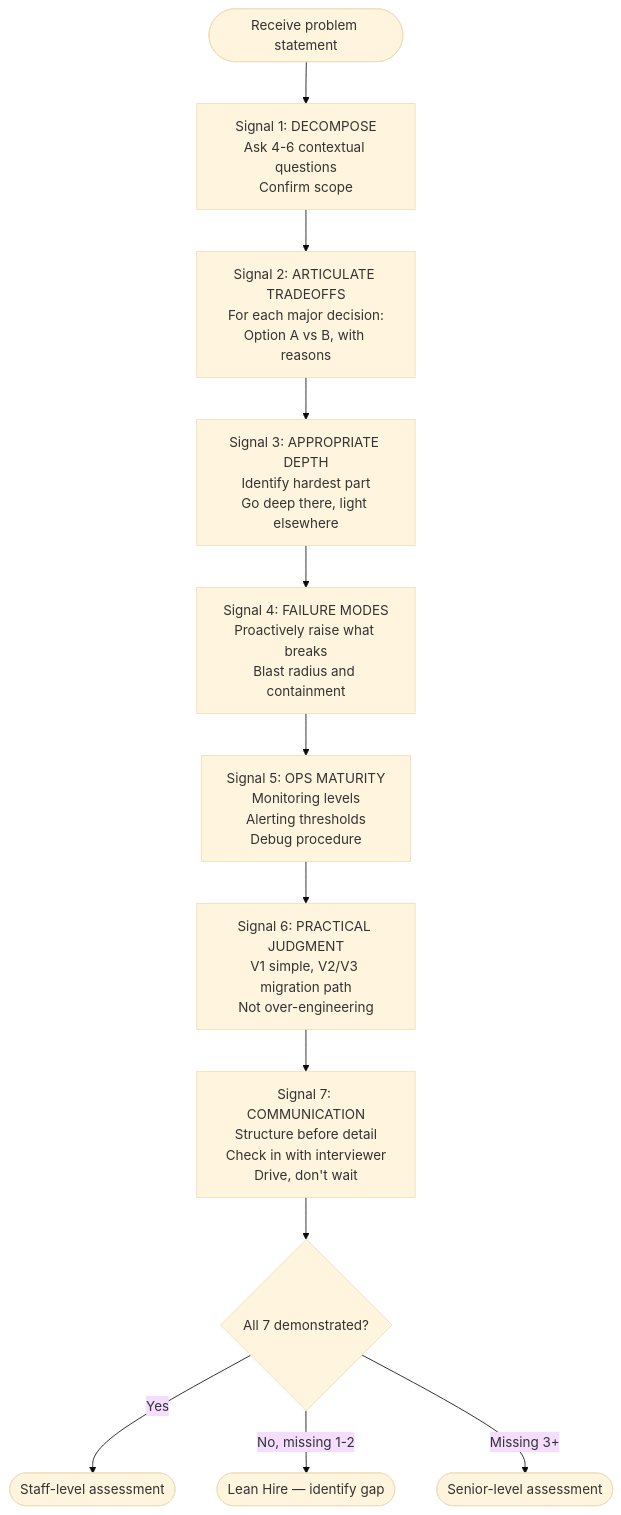
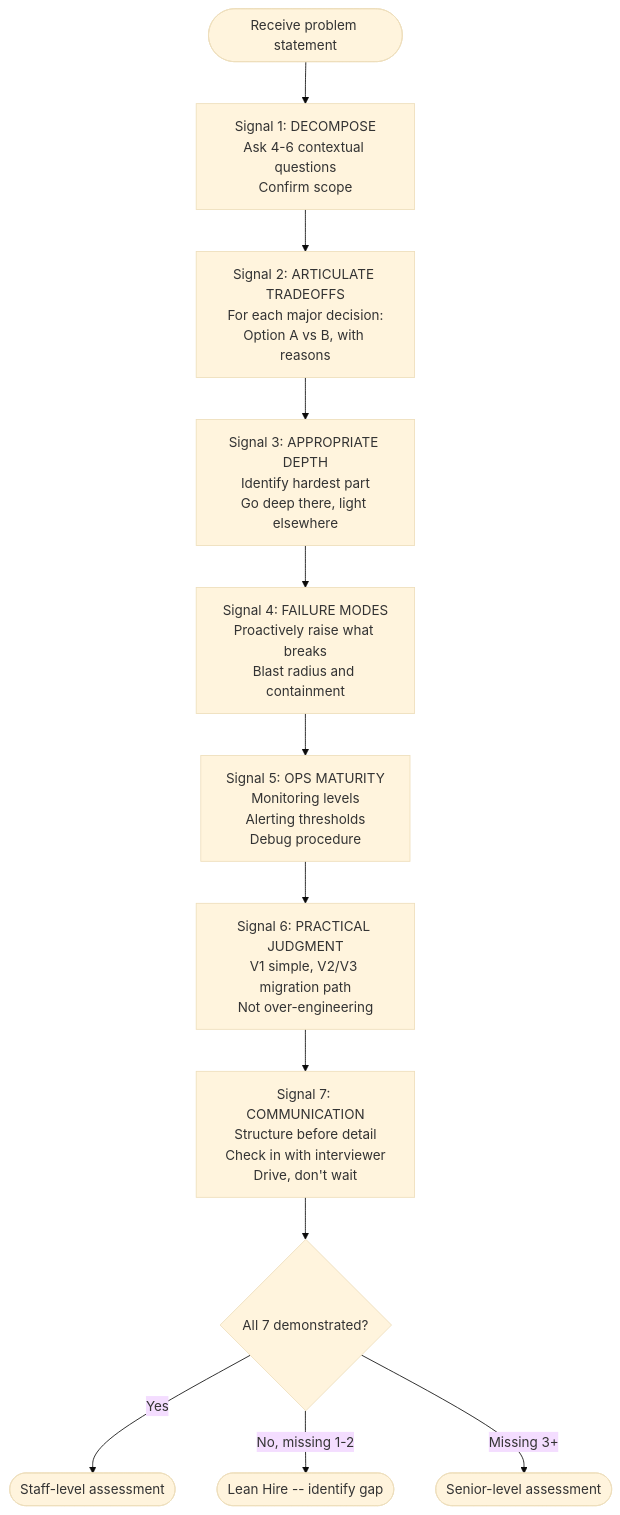
The eighth of 10 diagrams in Section1/Chapter_7_How_Google_Evaluates_Staff_Engineers.md (ranjeetnegi/System-Design-for-Staff-SWE), drawn with Mermaid (base theme) before and after one commit. The commit also changed other lines of this file and 11 other files, not shown here.

````diff
--- a/Section1/Chapter_7_How_Google_Evaluates_Staff_Engineers.md
+++ b/Section1/Chapter_7_How_Google_Evaluates_Staff_Engineers.md
@@ -2763,14 +2763,14 @@
 ```mermaid
 flowchart TD
     A([Receive problem statement]) --> B[Signal 1: DECOMPOSE\nAsk 4-6 contextual questions\nConfirm scope]
     B --> C[Signal 2: ARTICULATE TRADEOFFS\nFor each major decision:\nOption A vs B, with reasons]
     C --> D[Signal 3: APPROPRIATE DEPTH\nIdentify hardest part\nGo deep there, light elsewhere]
     D --> E[Signal 4: FAILURE MODES\nProactively raise what breaks\nBlast radius and containment]
     E --> F[Signal 5: OPS MATURITY\nMonitoring levels\nAlerting thresholds\nDebug procedure]
     F --> G[Signal 6: PRACTICAL JUDGMENT\nV1 simple, V2/V3 migration path\nNot over-engineering]
     G --> H[Signal 7: COMMUNICATION\nStructure before detail\nCheck in with interviewer\nDrive, don't wait]
     H --> I{All 7 demonstrated?}
     I -- Yes --> J([Staff-level assessment])
-    I -- No, missing 1-2 --> K([Lean Hire — identify gap])
+    I -- No, missing 1-2 --> K([Lean Hire -- identify gap])
     I -- Missing 3+ --> L([Senior-level assessment])
 ```
````
